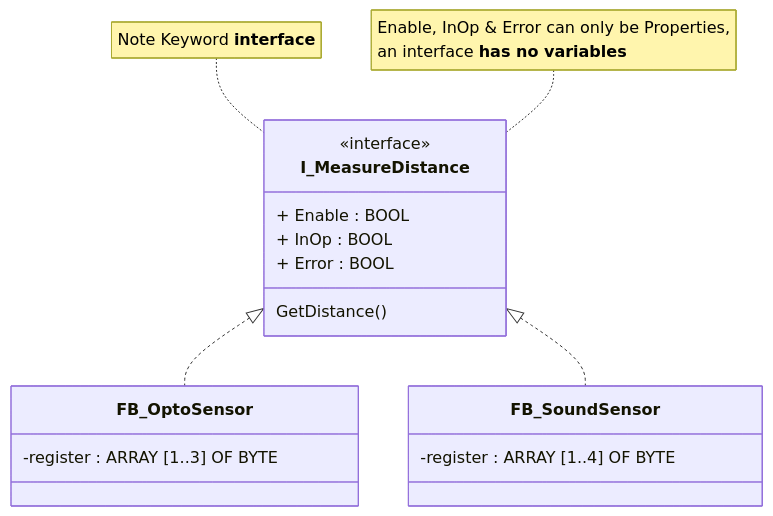
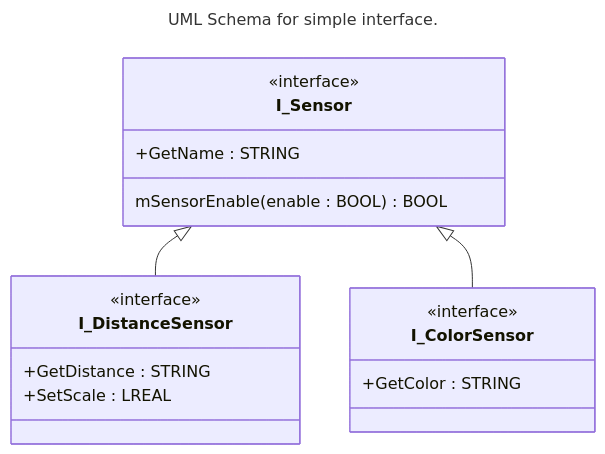
The first of 3 diagrams in AAut_MOD_02_IEC_61131_OOP_InPractice/README.MD (hei-synd-aaut/aaut-docs), drawn with Mermaid before and after one commit. The commit also changed other lines of this file and 5 other files, not shown here.

````diff
--- a/AAut_MOD_02_IEC_61131_OOP_InPractice/README.MD
+++ b/AAut_MOD_02_IEC_61131_OOP_InPractice/README.MD
@@ -52,27 +47,26 @@
 ```mermaid
+---
+title: UML Schema for simple interface.
+---
 classDiagram
+    
+    class I_Sensor{ 
+        +GetName : STRING
+        mSensorEnable(enable : BOOL) BOOL
+    }
+    <<interface>> I_Sensor
 
-  class I_MeasureDistance{
-      + Enable : BOOL
-      + InOp : BOOL
-      + Error  : BOOL
-      GetDistance() 
-  }
-  <<interface>> I_MeasureDistance
+    class I_DistanceSensor{ 
+        +GetDistance : STRING
+        +SetScale : LREAL
+    }
+    <<interface>> I_DistanceSensor
 
-  note for I_MeasureDistance "Note Keyword **interface**"
-  note for I_MeasureDistance "Enable, InOp & Error can only be Properties,
-  an interface **has no variables**"
+    class I_ColorSensor{ 
+        +GetColor : STRING
+    }
+    <<interface>> I_ColorSensor
 
-  class FB_OptoSensor {
-    -register : ARRAY [1..3] OF BYTE
-  }
-
-  class FB_SoundSensor {
-    -register : ARRAY [1..4] OF BYTE
-  }
-
-I_MeasureDistance <|.. FB_OptoSensor
-I_MeasureDistance <|.. FB_SoundSensor
-
+    I_Sensor <|-- I_DistanceSensor
+    I_Sensor <|-- I_ColorSensor
 ```
````
